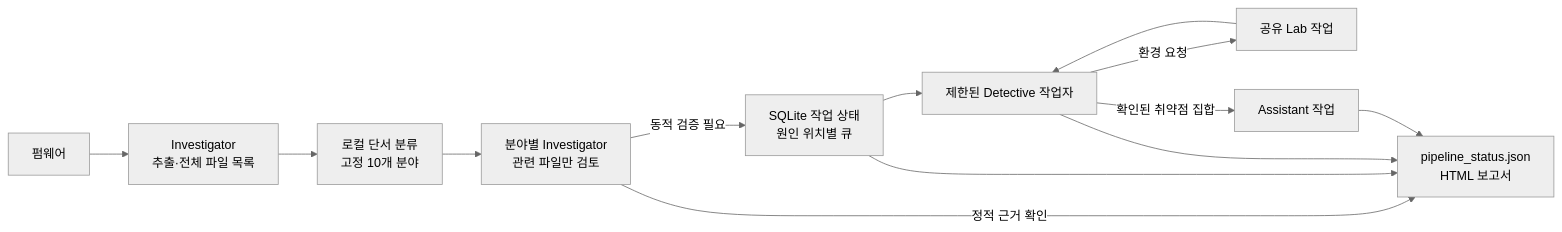
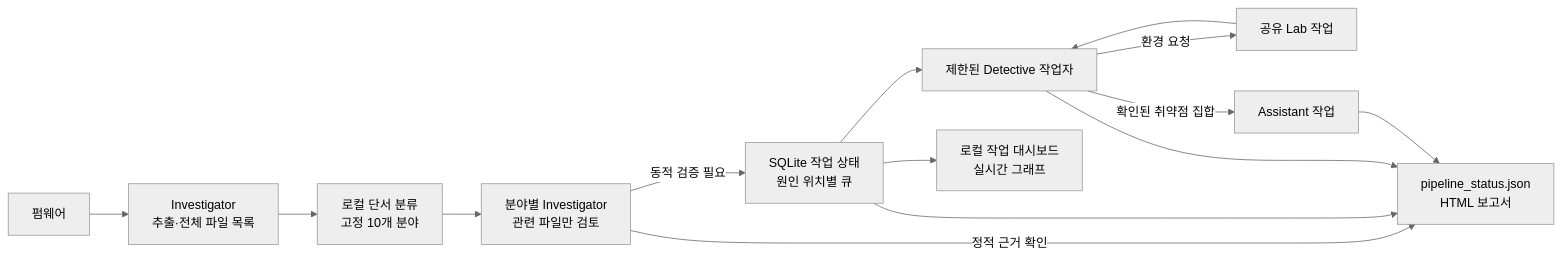
Before and after one commit to gl4sss/FBI: the diagram in coordinator/README.md, drawn with Mermaid (neutral theme). The commit also changed other lines of this file and 22 other files, not shown here.

````diff
--- a/coordinator/README.md
+++ b/coordinator/README.md
@@ -5,15 +5,16 @@
 ```mermaid
 flowchart LR
     FW["펌웨어"] --> INV["Investigator<br/>추출·전체 파일 목록"]
     INV --> ROUTE["로컬 단서 분류<br/>고정 10개 분야"]
     ROUTE --> SPEC["분야별 Investigator<br/>관련 파일만 검토"]
     SPEC -->|"정적 근거 확인"| STATUS
     SPEC -->|"동적 검증 필요"| Q["SQLite 작업 상태<br/>원인 위치별 큐"]
     Q --> DET["제한된 Detective 작업자"]
     DET -->|"환경 요청"| LAB["공유 Lab 작업"]
     DET -->|"확인된 취약점 집합"| AST["Assistant 작업"]
     LAB --> DET
     Q --> STATUS["pipeline_status.json<br/>HTML 보고서"]
+    Q --> LIVE["로컬 작업 대시보드<br/>실시간 그래프"]
     DET --> STATUS
     AST --> STATUS
 ```
````
